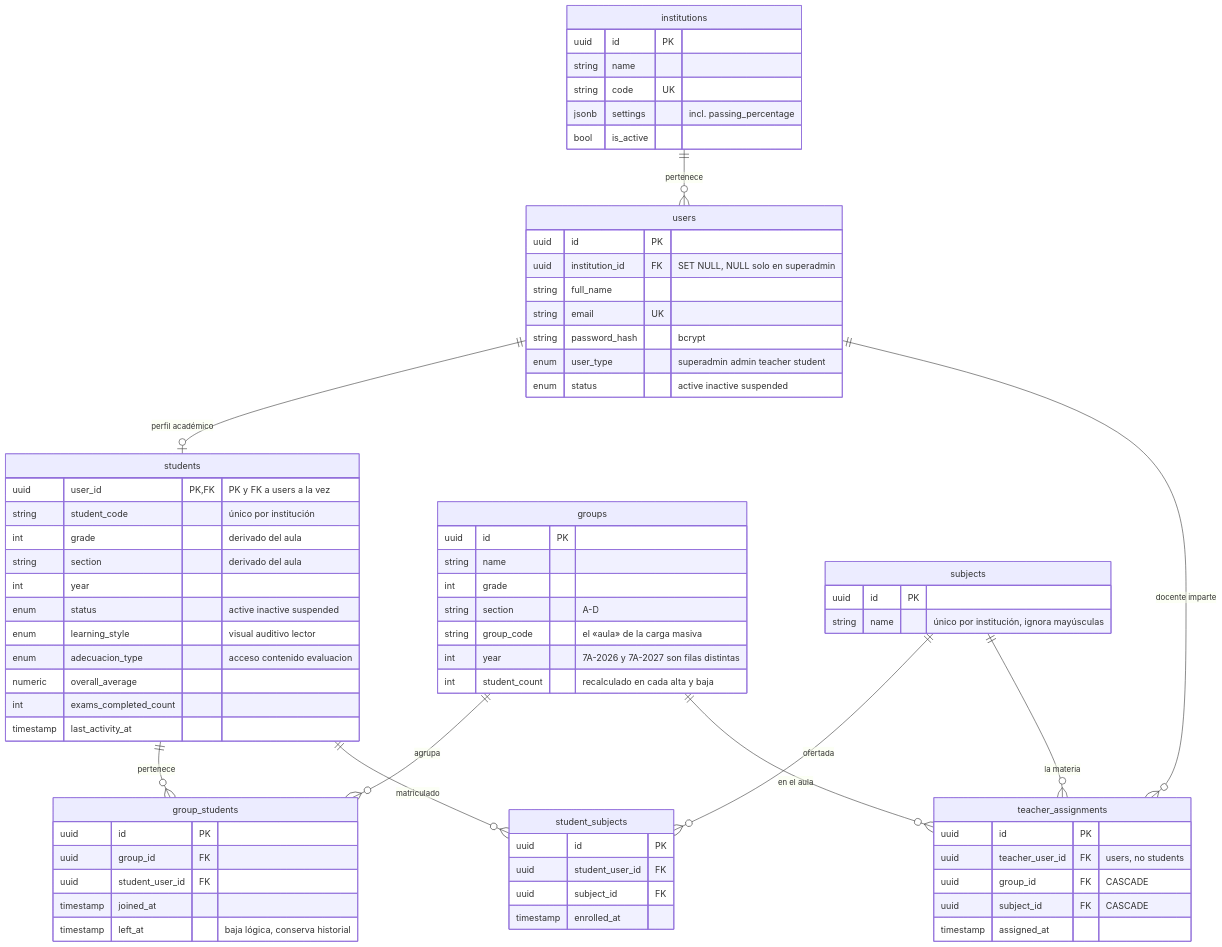
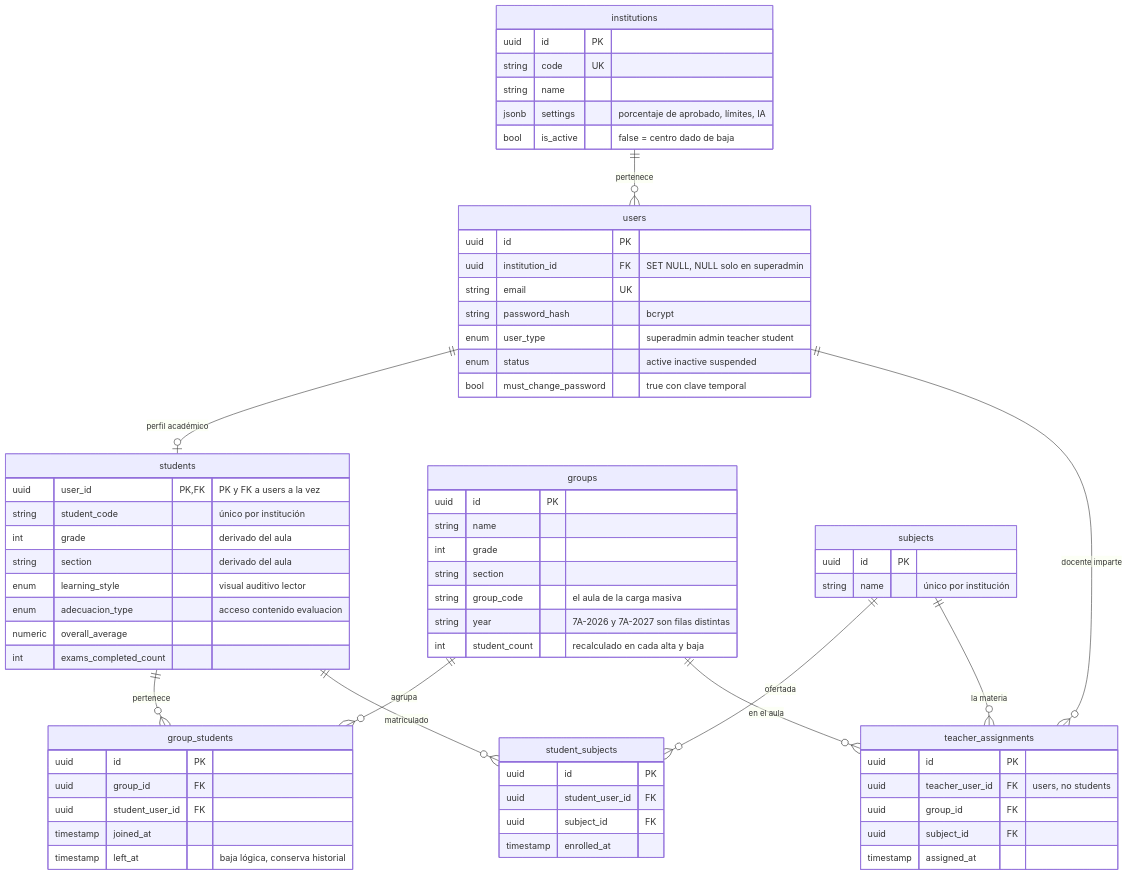
One commit to Infil505/NeoEduCore-Back changed the second of 19 diagrams in docs/DIAGRAMAS.md. Above: the diagram before and after it, drawn with Mermaid. The commit also changed other lines of this file and 25 other files, not shown here.

````diff
--- a/docs/DIAGRAMAS.md
+++ b/docs/DIAGRAMAS.md
@@ -141,75 +138,72 @@
 ```mermaid
 erDiagram
     institutions ||--o{ users : "pertenece"
     users ||--o| students : "perfil académico"
     students ||--o{ group_students : "pertenece"
     groups ||--o{ group_students : "agrupa"
     students ||--o{ student_subjects : "matriculado"
     subjects ||--o{ student_subjects : "ofertada"
     users ||--o{ teacher_assignments : "docente imparte"
     groups ||--o{ teacher_assignments : "en el aula"
     subjects ||--o{ teacher_assignments : "la materia"
 
     institutions {
         uuid id PK
+        string code UK
         string name
-        string code UK
-        jsonb settings "incl. passing_percentage"
-        bool is_active
+        jsonb settings "porcentaje de aprobado, límites, IA"
+        bool is_active "false = centro dado de baja"
     }
     users {
         uuid id PK
         uuid institution_id FK "SET NULL, NULL solo en superadmin"
-        string full_name
         string email UK
         string password_hash "bcrypt"
         enum user_type "superadmin admin teacher student"
         enum status "active inactive suspended"
+        bool must_change_password "true con clave temporal"
     }
     students {
         uuid user_id PK, FK "PK y FK a users a la vez"
         string student_code "único por institución"
         int grade "derivado del aula"
         string section "derivado del aula"
-        int year
-        enum status "active inactive suspended"
         enum learning_style "visual auditivo lector"
         enum adecuacion_type "acceso contenido evaluacion"
         numeric overall_average
         int exams_completed_count
-        timestamp last_activity_at
     }
     groups {
         uuid id PK
         string name
         int grade
-        string section "A-D"
-        string group_code "el «aula» de la carga masiva"
-        int year "7A-2026 y 7A-2027 son filas distintas"
+        string section
+        string group_code "el aula de la carga masiva"
+        string year "7A-2026 y 7A-2027 son filas distintas"
         int student_count "recalculado en cada alta y baja"
     }
     subjects {
         uuid id PK
-        string name "único por institución, ignora mayúsculas"
+        string name "único por institución"
     }
     group_students {
         uuid id PK
         uuid group_id FK
         uuid student_user_id FK
         timestamp joined_at
         timestamp left_at "baja lógica, conserva historial"
     }
     student_subjects {
         uuid id PK
         uuid student_user_id FK
         uuid subject_id FK
         timestamp enrolled_at
     }
     teacher_assignments {
         uuid id PK
         uuid teacher_user_id FK "users, no students"
-        uuid group_id FK "CASCADE"
-        uuid subject_id FK "CASCADE"
+        uuid group_id FK
+        uuid subject_id FK
         timestamp assigned_at
     }
 ```
````
